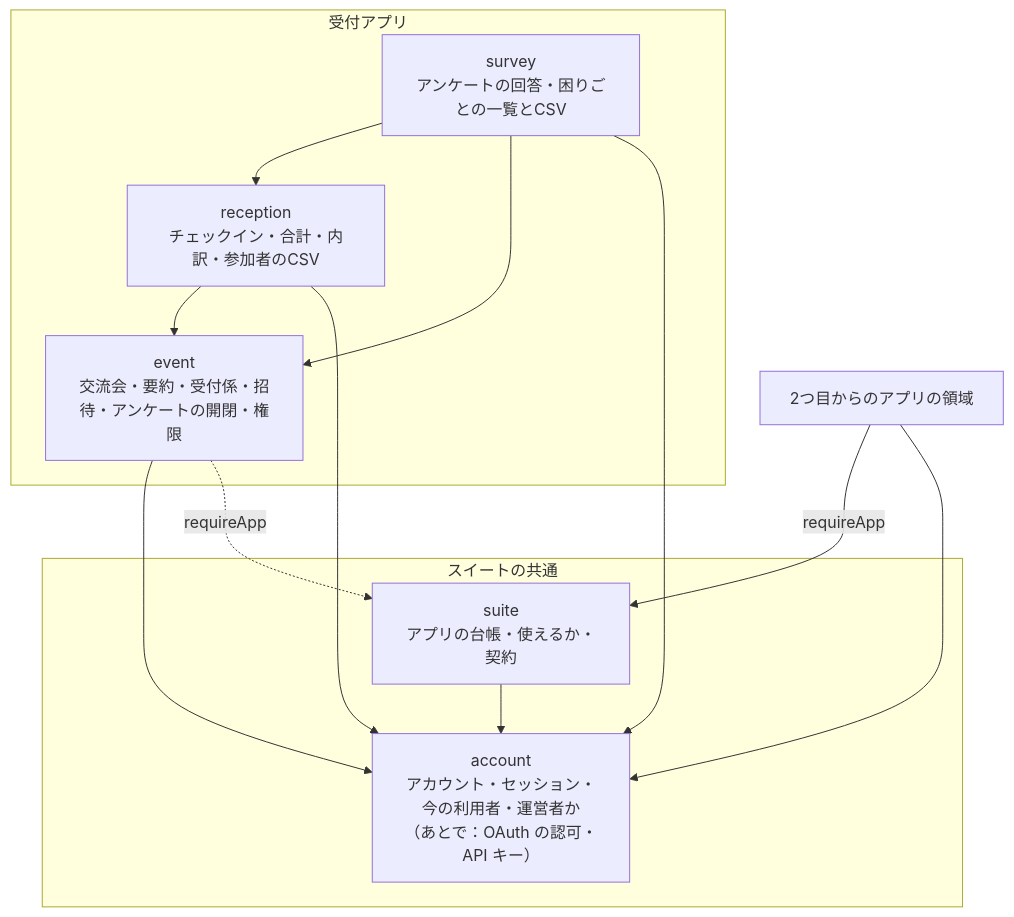
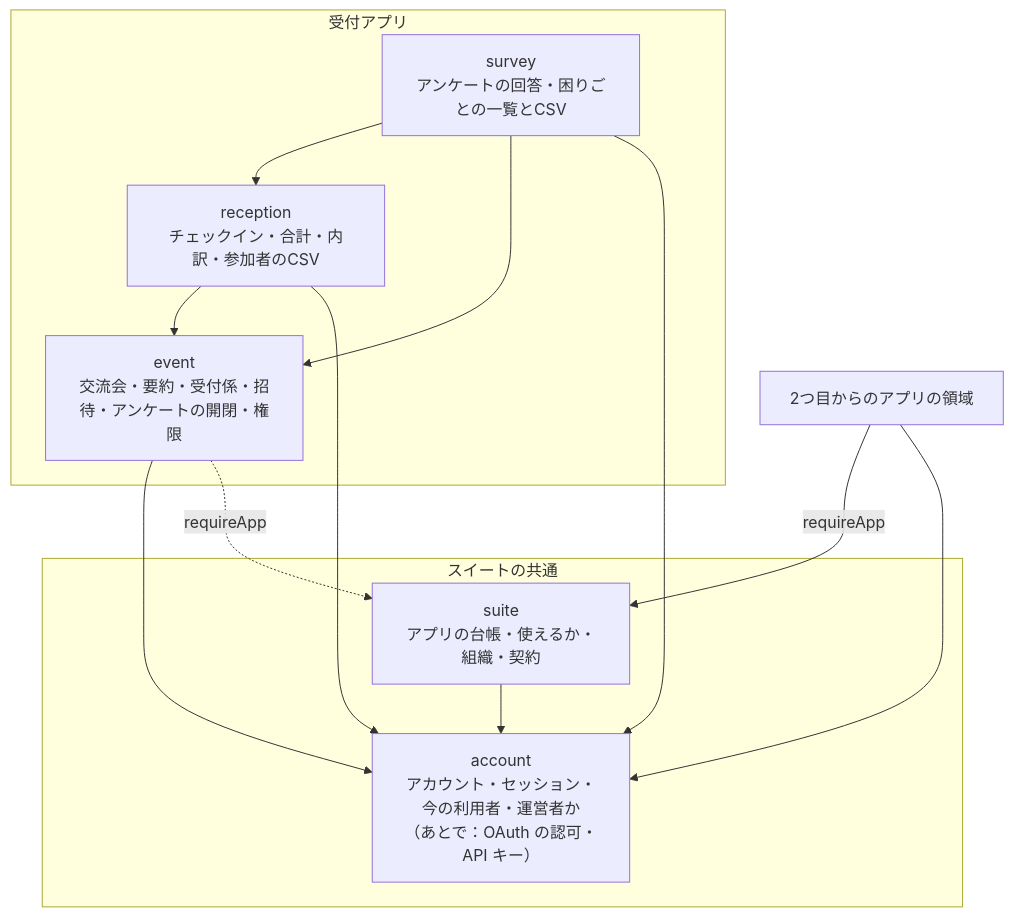
One commit to takumi-okuya-dev/kanaeru-apps changed the first of 3 diagrams in _bmad-output/architecture-kanaeru/architecture-kanaeru.md. Above: the diagram before and after it, drawn with Mermaid. The commit also changed other lines of this file and 55 other files, not shown here.

````diff
--- a/_bmad-output/architecture-kanaeru/architecture-kanaeru.md
+++ b/_bmad-output/architecture-kanaeru/architecture-kanaeru.md
@@ -26,23 +26,23 @@
 ```mermaid
 flowchart TB
   subgraph common["スイートの共通"]
     account["account<br/>アカウント・セッション・今の利用者・運営者か<br/>（あとで：OAuth の認可・API キー）"]
-    suite["suite<br/>アプリの台帳・使えるか・契約"]
+    suite["suite<br/>アプリの台帳・使えるか・組織・契約"]
   end
   subgraph reception_app["受付アプリ"]
     event["event<br/>交流会・要約・受付係・招待・アンケートの開閉・権限"]
     reception["reception<br/>チェックイン・合計・内訳・参加者のCSV"]
     survey["survey<br/>アンケートの回答・困りごとの一覧とCSV"]
   end
   next["2つ目からのアプリの領域"]
   suite --> account
   event --> account
   reception --> event
   reception --> account
   survey --> reception
   survey --> event
   survey --> account
   event -.->|"requireApp"| suite
   next -->|"requireApp"| suite
   next --> account
 ```
````
